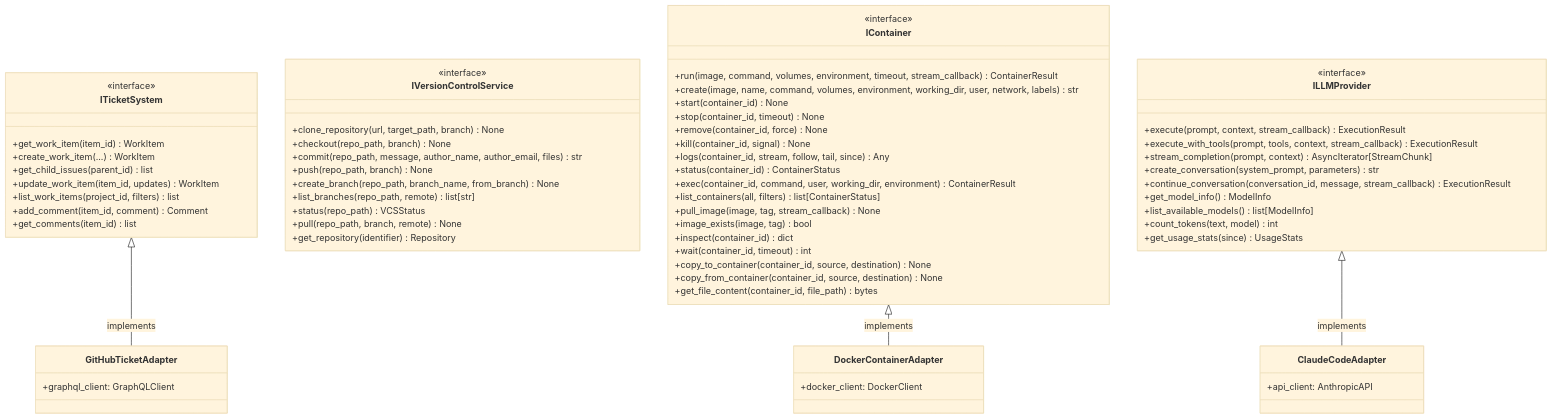
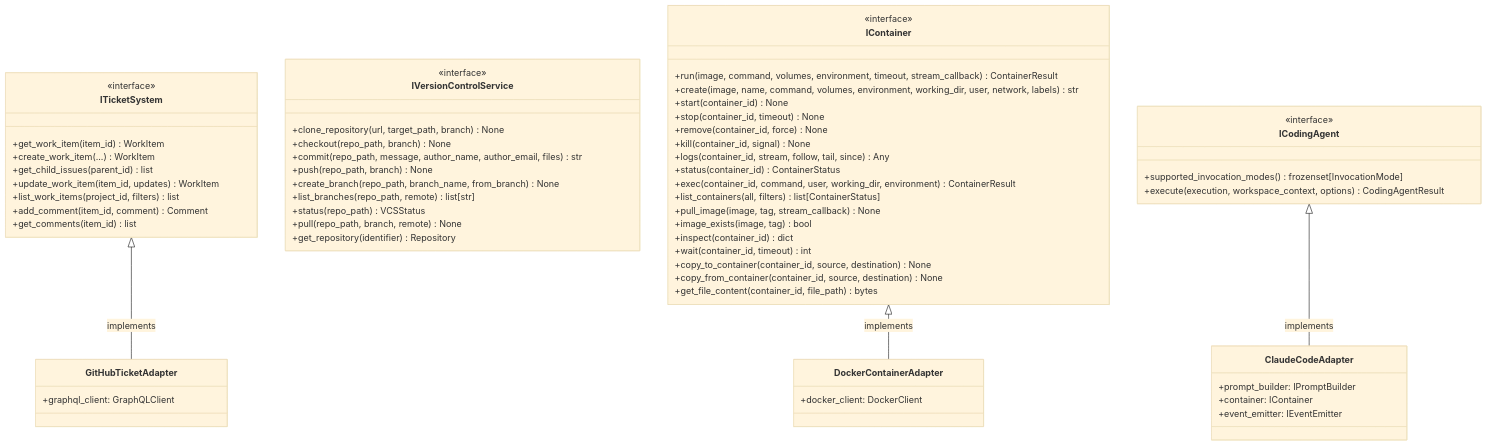
Before and after one commit to tinkermonkey/codetoreum: the diagram in documentation/architecture/ports/output/core-system.md, drawn with Mermaid (base theme). The commit also changed other lines of this file and 16 other files, not shown here.

First line of the commit message:
Phase D0: rewrite architecture docs for coding agent port redesign

````diff
--- a/documentation/architecture/ports/output/core-system.md
+++ b/documentation/architecture/ports/output/core-system.md
@@ -536,76 +578,71 @@
 ```mermaid
 classDiagram
     class ITicketSystem {
         <<interface>>
         +get_work_item(item_id) WorkItem
         +create_work_item(...) WorkItem
         +get_child_issues(parent_id) list
         +update_work_item(item_id, updates) WorkItem
         +list_work_items(project_id, filters) list
         +add_comment(item_id, comment) Comment
         +get_comments(item_id) list
     }
 
     class IVersionControlService {
         <<interface>>
         +clone_repository(url, target_path, branch) None
         +checkout(repo_path, branch) None
         +commit(repo_path, message, author_name, author_email, files) str
         +push(repo_path, branch) None
         +create_branch(repo_path, branch_name, from_branch) None
         +list_branches(repo_path, remote) list[str]
         +status(repo_path) VCSStatus
         +pull(repo_path, branch, remote) None
         +get_repository(identifier) Repository
     }
 
     class IContainer {
         <<interface>>
         +run(image, command, volumes, environment, timeout, stream_callback) ContainerResult
         +create(image, name, command, volumes, environment, working_dir, user, network, labels) str
         +start(container_id) None
         +stop(container_id, timeout) None
         +remove(container_id, force) None
         +kill(container_id, signal) None
         +logs(container_id, stream, follow, tail, since) Any
         +status(container_id) ContainerStatus
         +exec(container_id, command, user, working_dir, environment) ContainerResult
         +list_containers(all, filters) list[ContainerStatus]
         +pull_image(image, tag, stream_callback) None
         +image_exists(image, tag) bool
         +inspect(container_id) dict
         +wait(container_id, timeout) int
         +copy_to_container(container_id, source, destination) None
         +copy_from_container(container_id, source, destination) None
         +get_file_content(container_id, file_path) bytes
     }
 
-    class ILLMProvider {
+    class ICodingAgent {
         <<interface>>
-        +execute(prompt, context, stream_callback) ExecutionResult
-        +execute_with_tools(prompt, tools, context, stream_callback) ExecutionResult
-        +stream_completion(prompt, context) AsyncIterator[StreamChunk]
-        +create_conversation(system_prompt, parameters) str
-        +continue_conversation(conversation_id, message, stream_callback) ExecutionResult
-        +get_model_info() ModelInfo
-        +list_available_models() list[ModelInfo]
-        +count_tokens(text, model) int
-        +get_usage_stats(since) UsageStats
+        +supported_invocation_modes() frozenset[InvocationMode]
+        +execute(execution, workspace_context, options) CodingAgentResult
     }
 
     class GitHubTicketAdapter {
         +graphql_client: GraphQLClient
     }
 
     class DockerContainerAdapter {
         +docker_client: DockerClient
     }
 
     class ClaudeCodeAdapter {
-        +api_client: AnthropicAPI
+        +prompt_builder: IPromptBuilder
+        +container: IContainer
+        +event_emitter: IEventEmitter
     }
 
     ITicketSystem <|-- GitHubTicketAdapter: implements
     IContainer <|-- DockerContainerAdapter: implements
-    ILLMProvider <|-- ClaudeCodeAdapter: implements
+    ICodingAgent <|-- ClaudeCodeAdapter: implements
 ```
````
